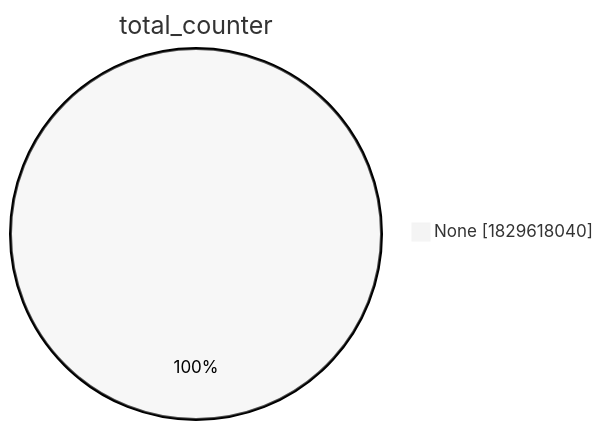
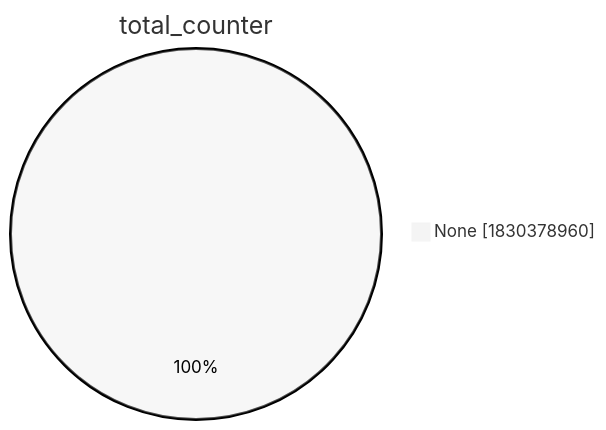
The second of 15 diagrams in xenon2022/README.md (christiankrug/ctmonitor_visualization), drawn with Mermaid (neutral theme) before and after one commit. The commit also changed other lines of this file, not shown here.

````diff
--- a/xenon2022/README.md
+++ b/xenon2022/README.md
@@ -9,5 +9,5 @@
 ```mermaid
 pie showData
 title total_counter
-"None" :1829618040
+"None" :1830378960
 ```
````
